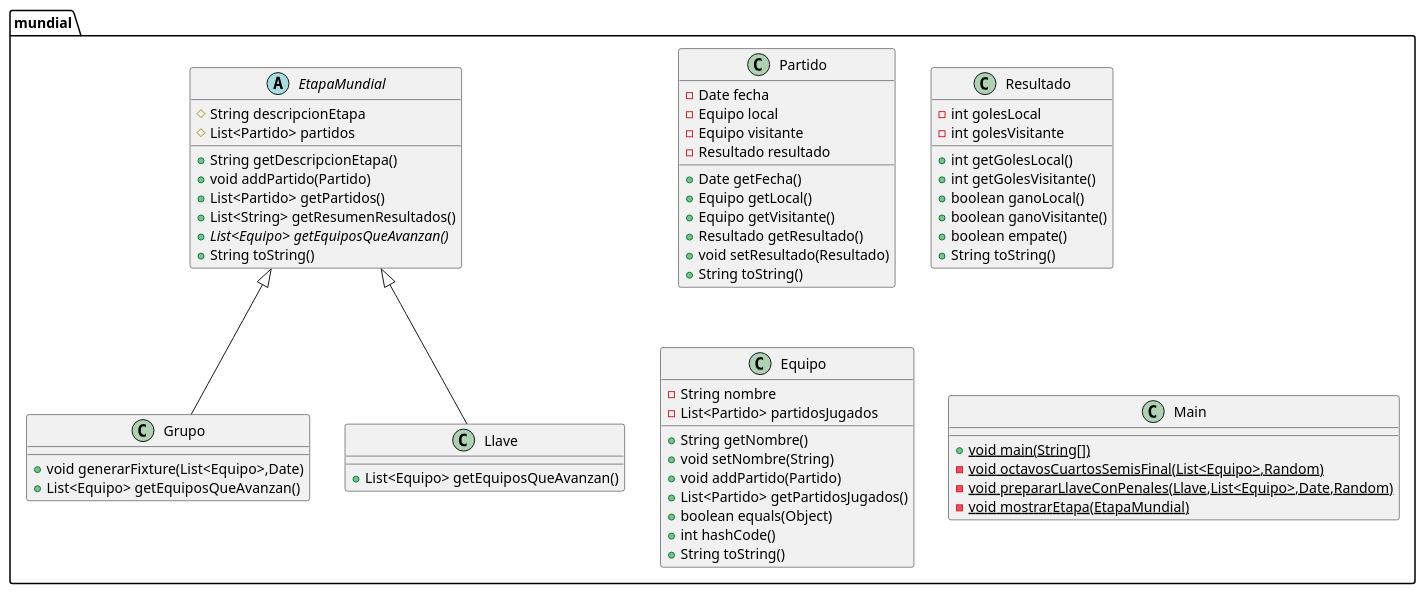
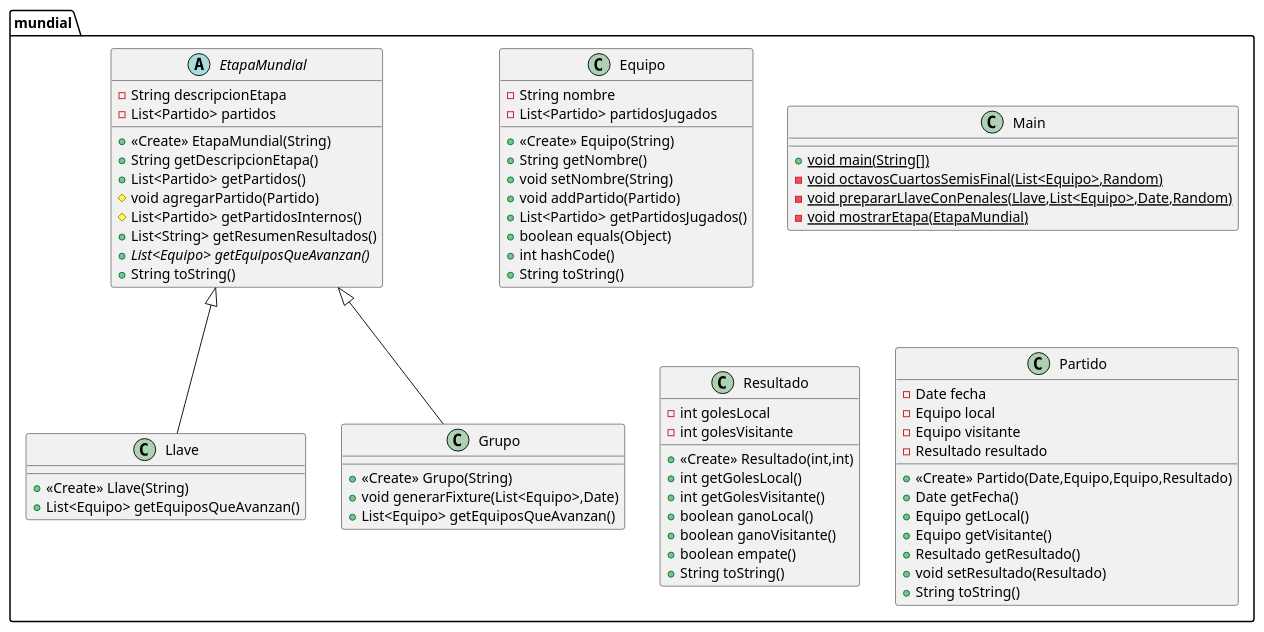
One commit to DeborahBoldu/ParcialPoo changed the diagram in mundialPOO.puml. Above: the diagram before and after it, drawn with PlantUML. The commit also changed 4 other files, not shown here.

Commit message:
Update etapa mundial- Llave- Main- Diagram

```diff
--- a/mundialPOO.puml
+++ b/mundialPOO.puml
@@ -1,80 +1,80 @@
 @startuml
-abstract class mundial.EtapaMundial {
-# String descripcionEtapa
-# List<Partido> partidos
-+ String getDescripcionEtapa()
-+ void addPartido(Partido)
-+ List<Partido> getPartidos()
-+ List<String> getResumenResultados()
-+ {abstract}List<Equipo> getEquiposQueAvanzan()
-+ String toString()
-}
-
-
-class mundial.Grupo {
-+ void generarFixture(List<Equipo>,Date)
-+ List<Equipo> getEquiposQueAvanzan()
-}
-
-
-class mundial.Llave {
-+ List<Equipo> getEquiposQueAvanzan()
-}
-
-class mundial.Partido {
-- Date fecha
-- Equipo local
-- Equipo visitante
-- Resultado resultado
-+ Date getFecha()
-+ Equipo getLocal()
-+ Equipo getVisitante()
-+ Resultado getResultado()
-+ void setResultado(Resultado)
-+ String toString()
-}
-
-class mundial.Resultado {
-- int golesLocal
-- int golesVisitante
-+ int getGolesLocal()
-+ int getGolesVisitante()
-+ boolean ganoLocal()
-+ boolean ganoVisitante()
-+ boolean empate()
-+ String toString()
-}
-
-
-
 class mundial.Equipo {
 - String nombre
 - List<Partido> partidosJugados
++ <<Create>> Equipo(String)
 + String getNombre()
 + void setNombre(String)
 + void addPartido(Partido)
 + List<Partido> getPartidosJugados()
 + boolean equals(Object)
 + int hashCode()
 + String toString()
 }
 
 
-
-
+class mundial.Llave {
++ <<Create>> Llave(String)
++ List<Equipo> getEquiposQueAvanzan()
+}
 
 class mundial.Main {
 + {static} void main(String[])
 - {static} void octavosCuartosSemisFinal(List<Equipo>,Random)
 - {static} void prepararLlaveConPenales(Llave,List<Equipo>,Date,Random)
 - {static} void mostrarEtapa(EtapaMundial)
 }
 
+abstract class mundial.EtapaMundial {
+- String descripcionEtapa
+- List<Partido> partidos
++ <<Create>> EtapaMundial(String)
++ String getDescripcionEtapa()
++ List<Partido> getPartidos()
+# void agregarPartido(Partido)
+# List<Partido> getPartidosInternos()
++ List<String> getResumenResultados()
++ {abstract}List<Equipo> getEquiposQueAvanzan()
++ String toString()
+}
 
 
-mundial.EtapaMundial <|-- mundial.Grupo
-mundial.EtapaMundial <|-- mundial.Llave
+class mundial.Grupo {
++ <<Create>> Grupo(String)
++ void generarFixture(List<Equipo>,Date)
++ List<Equipo> getEquiposQueAvanzan()
+}
+
+class mundial.Resultado {
+- int golesLocal
+- int golesVisitante
++ <<Create>> Resultado(int,int)
++ int getGolesLocal()
++ int getGolesVisitante()
++ boolean ganoLocal()
++ boolean ganoVisitante()
++ boolean empate()
++ String toString()
+}
+
+
+class mundial.Partido {
+- Date fecha
+- Equipo local
+- Equipo visitante
+- Resultado resultado
++ <<Create>> Partido(Date,Equipo,Equipo,Resultado)
++ Date getFecha()
++ Equipo getLocal()
++ Equipo getVisitante()
++ Resultado getResultado()
++ void setResultado(Resultado)
++ String toString()
+}
 
 
 
+
+mundial.EtapaMundial <|-- mundial.Llave
+mundial.EtapaMundial <|-- mundial.Grupo
 @enduml
```
